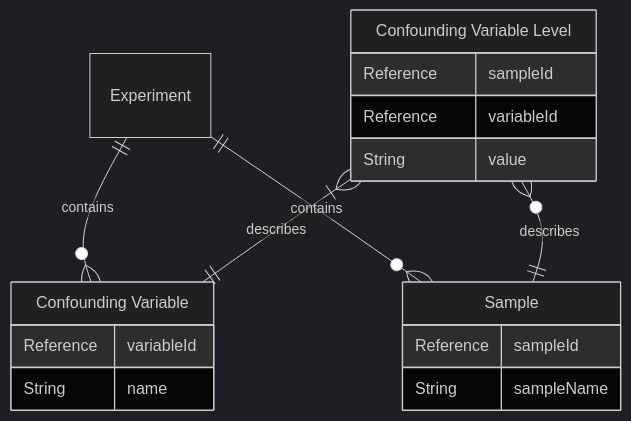
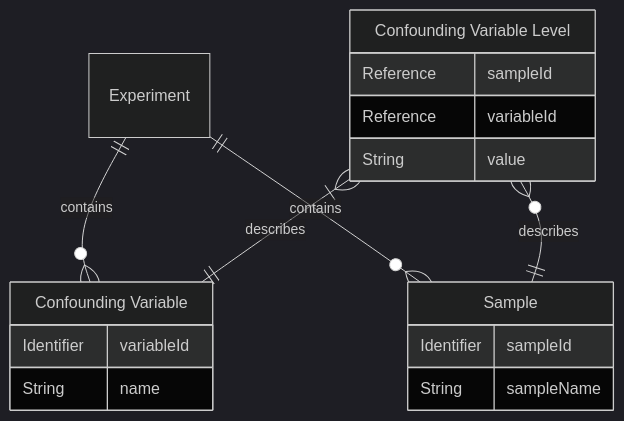
Before and after one commit to qbicsoftware/data-manager-app: the diagram in project-management/src/main/java/life/qbic/projectmanagement/diagrams/confounding-variables.mermaid, drawn with Mermaid (dark theme).

Commit message:
change to identifier

```diff
--- a/project-management/src/main/java/life/qbic/projectmanagement/diagrams/confounding-variables.mermaid
+++ b/project-management/src/main/java/life/qbic/projectmanagement/diagrams/confounding-variables.mermaid
@@ -1,23 +1,23 @@
 ---
 Confounding Variables
 ---
 erDiagram
     CVar["Confounding Variable"] {
-        Reference variableId
+        Identifier variableId
         String name
     }
     CVarLevel["Confounding Variable Level"] {
         Reference sampleId
         Reference variableId
         String value
     }
     SAMPLE["Sample"] {
-        Reference sampleId
+        Identifier sampleId
         String sampleName
     }
     EXPERIMENT["Experiment"] {
     }
     EXPERIMENT one--zero or more SAMPLE : contains
 EXPERIMENT one--zero or more CVar: contains
 CVarLevel 1+--1 CVar: describes
 CVarLevel zero or more--one SAMPLE: describes
```
